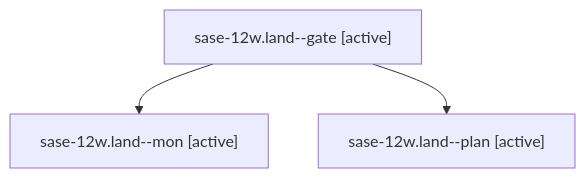
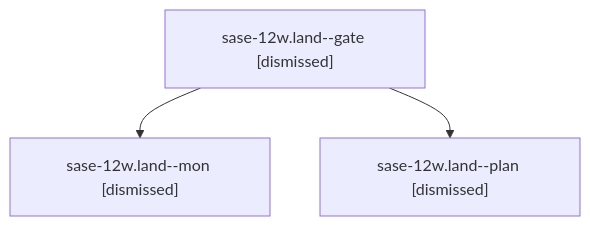
Before and after one commit to sase-org/sase--agents: the diagram in sessions/bbugyi200.athena.sase-12w.land.md, drawn with Mermaid. The commit also changed other lines of this file and 219 other files, not shown here.

````diff
--- a/sessions/bbugyi200.athena.sase-12w.land.md
+++ b/sessions/bbugyi200.athena.sase-12w.land.md
@@ -9,8 +9,8 @@
 ```mermaid
 flowchart TD
-  n0["sase-12w.land--gate [active]"]
-  n1["sase-12w.land--mon [active]"]
+  n0["sase-12w.land--gate [dismissed]"]
+  n1["sase-12w.land--mon [dismissed]"]
   n0 --> n1
-  n2["sase-12w.land--plan [active]"]
+  n2["sase-12w.land--plan [dismissed]"]
   n0 --> n2
 ```
````
